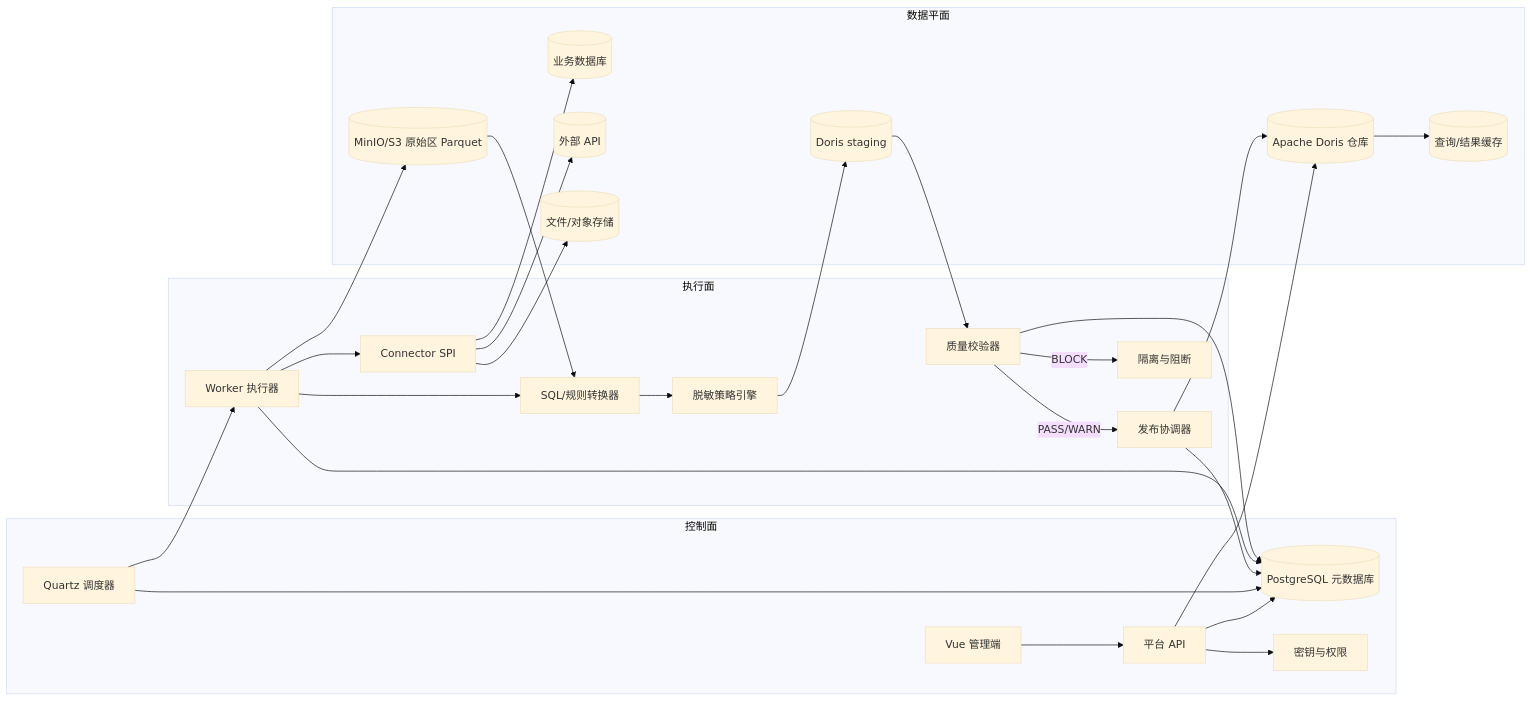
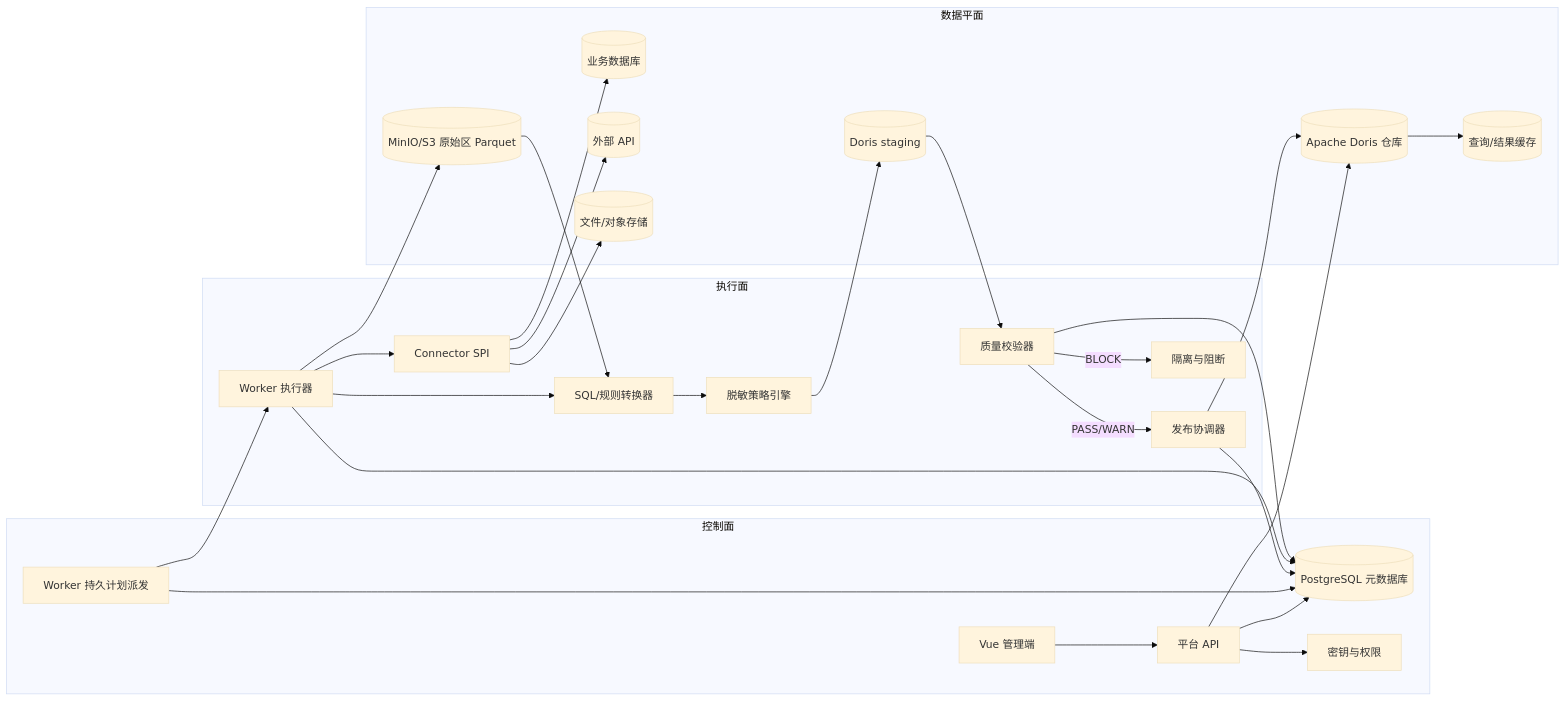
The diagram in docs/architecture.md (hiblacker/jiuzhang), drawn with Mermaid (base theme) before and after one commit. The commit also changed other lines of this file and 3 other files, not shown here.

```diff
--- a/docs/architecture.md
+++ b/docs/architecture.md
@@ -29,54 +29,54 @@
 ~~~mermaid
 flowchart LR
     subgraph CP[控制面]
       UI[Vue 管理端]
       API[平台 API]
       META[(PostgreSQL 元数据库)]
       SEC[密钥与权限]
-      SCH[Quartz 调度器]
+      SCH[Worker 持久计划派发]
     end
 
     subgraph EX[执行面]
       W[Worker 执行器]
       CON[Connector SPI]
       TR[SQL/规则转换器]
       Q[质量校验器]
       MASK[脱敏策略引擎]
       PUB[发布协调器]
       ISO[隔离与阻断]
     end
 
     subgraph DP[数据平面]
       S1[(业务数据库)]
       S2[(外部 API)]
       S3[(文件/对象存储)]
       RAW[(MinIO/S3 原始区 Parquet)]
       STG[(Doris staging)]
       WH[(Apache Doris 仓库)]
       CACHE[(查询/结果缓存)]
     end
 
     UI --> API
     API --> META
     API --> SEC
     SCH --> META
     SCH --> W
     W --> CON
     CON --> S1
     CON --> S2
     CON --> S3
     W --> RAW
     W --> TR
     RAW --> TR
     TR --> MASK
     MASK --> STG
     STG --> Q
     Q -->|PASS/WARN| PUB
     Q -->|BLOCK| ISO
     PUB --> WH
     PUB --> META
     API --> WH
     WH --> CACHE
     W --> META
     Q --> META
 ~~~
```
